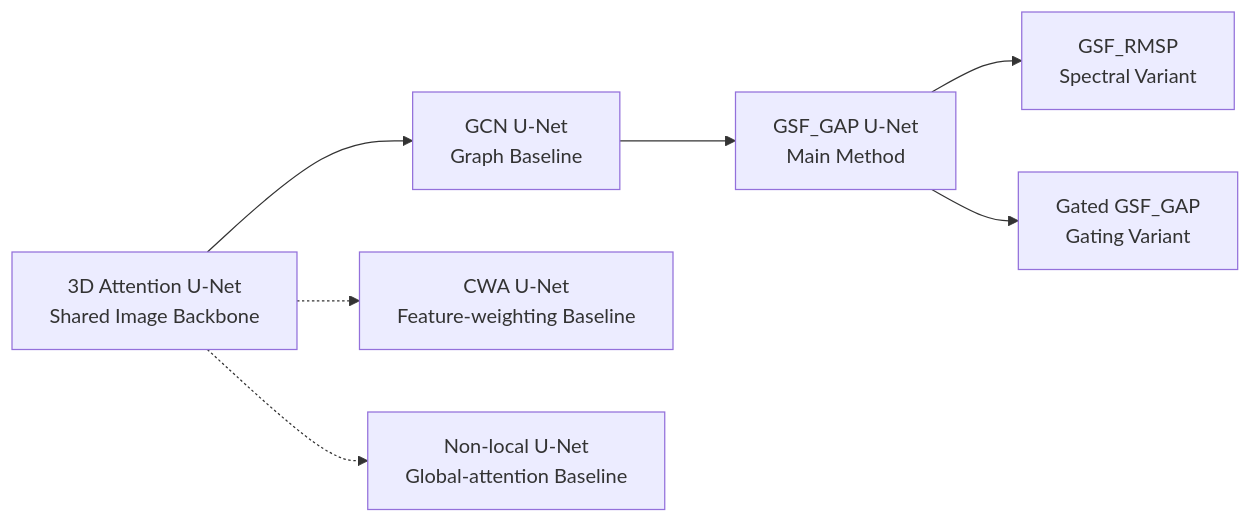
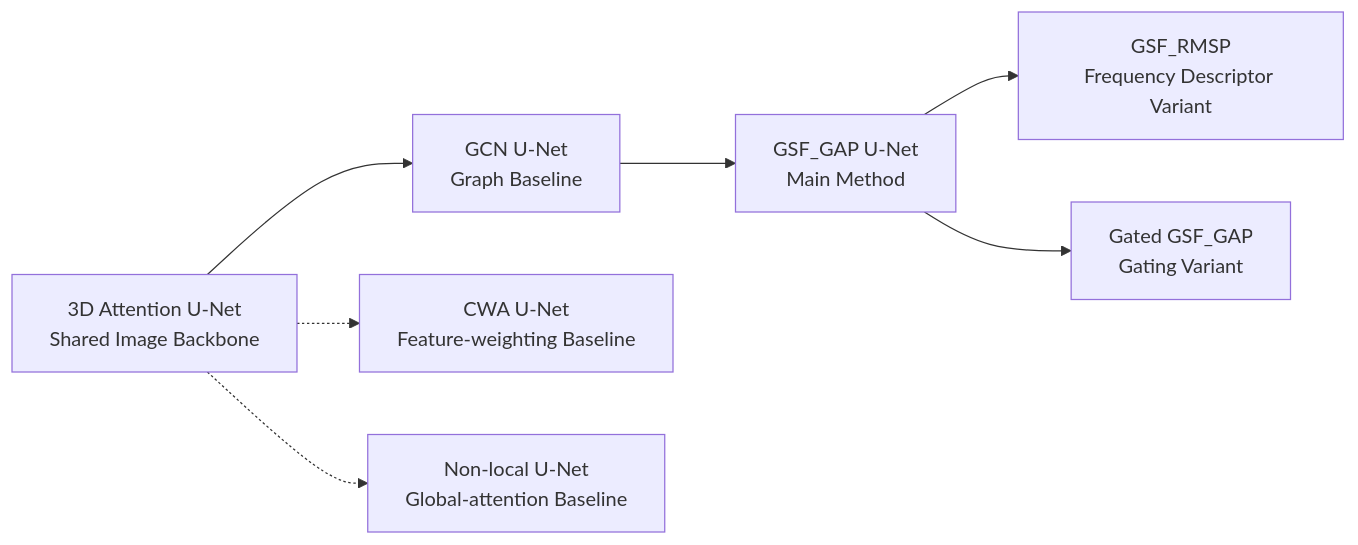
Before and after one commit to ChengYuChing/3D-DLimage-segmentation: the diagram in docs/04_model_design.md, drawn with Mermaid. The commit also changed other lines of this file, not shown here.

````diff
--- a/docs/04_model_design.md
+++ b/docs/04_model_design.md
@@ -9,16 +9,16 @@
 ```mermaid
 flowchart LR
     A["3D Attention U-Net<br/>Shared Image Backbone"]
     B["GCN U-Net<br/>Graph Baseline"]
     C["GSF_GAP U-Net<br/>Main Method"]
-    D["GSF_RMSP<br/>Spectral Variant"]
+    D["GSF_RMSP<br/>Frequency Descriptor Variant"]
     E["Gated GSF_GAP<br/>Gating Variant"]
     F["CWA U-Net<br/>Feature-weighting Baseline"]
     G["Non-local U-Net<br/>Global-attention Baseline"]
 
     A --> B --> C
     C --> D
     C --> E
     A -.-> F
     A -.-> G
 ```
````
